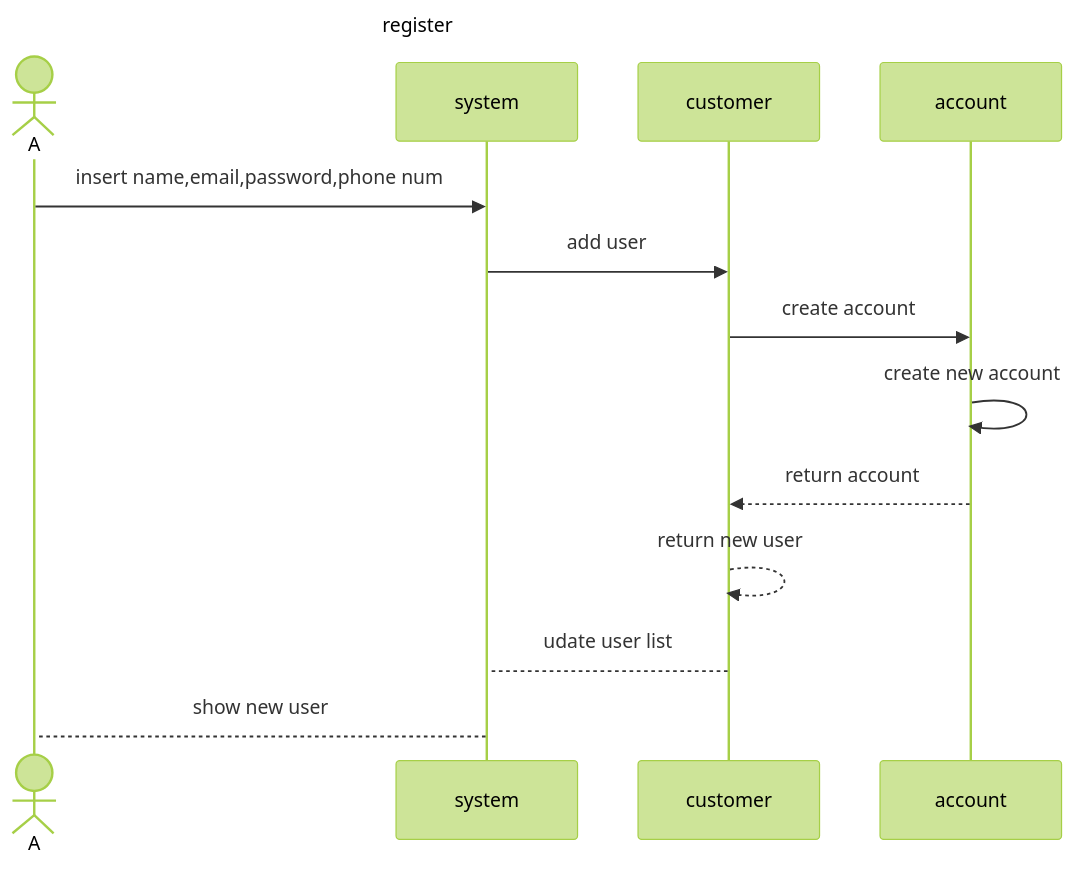
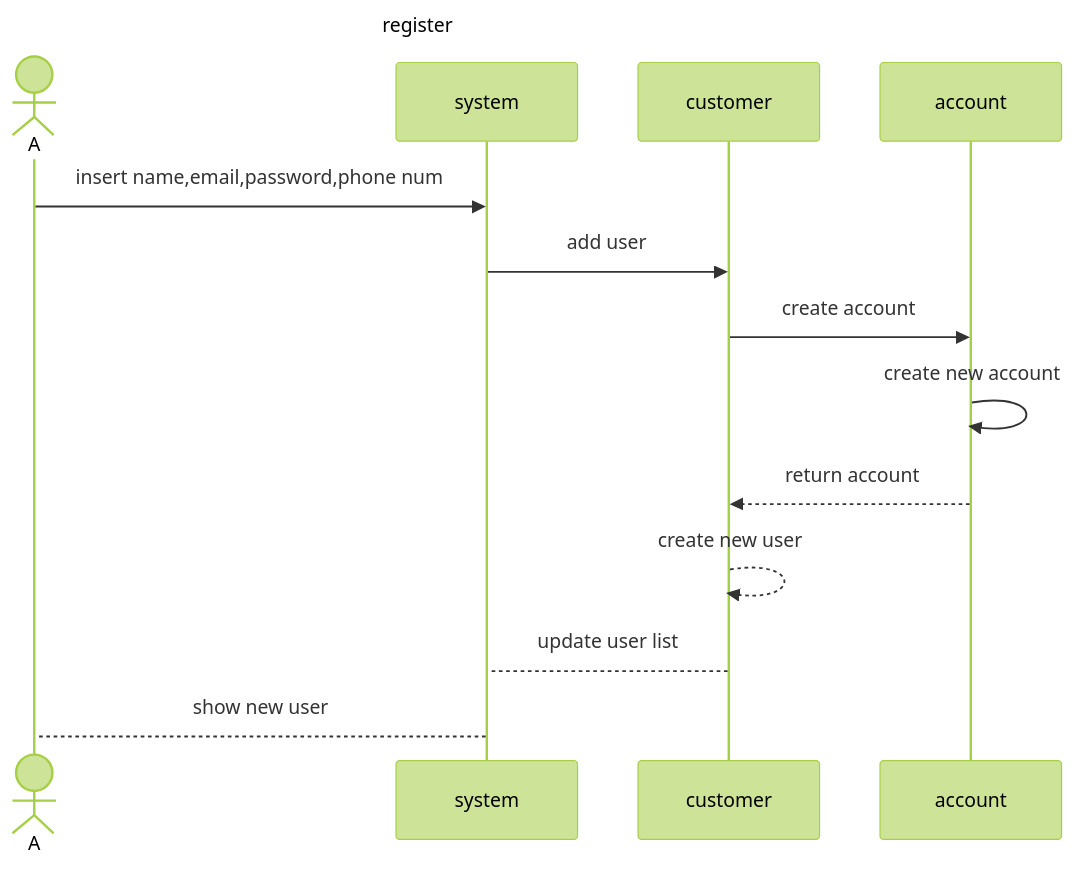
Before and after one commit to MxMhx/OOP_Project_MK_website: the diagram in sequence_diag/auth/register.mmd, drawn with Mermaid (forest theme). The commit also changed 1 other file, not shown here.

Commit message:
fix sq add user by admin

```diff
--- a/sequence_diag/auth/register.mmd
+++ b/sequence_diag/auth/register.mmd
@@ -1,15 +1,15 @@
 sequenceDiagram
     title register
     actor A
     participant system
     participant customer
     participant account
     
     A ->> system:insert name,email,password,phone num
     system ->> customer :add user
     customer ->>  account :create account
     account ->> account : create new account
     account -->> customer :return account
-    customer -->> customer :return new user
-    customer --> system: udate user list
+    customer -->> customer :create new user
+    customer --> system: update user list
     system --> A :show new user
```
